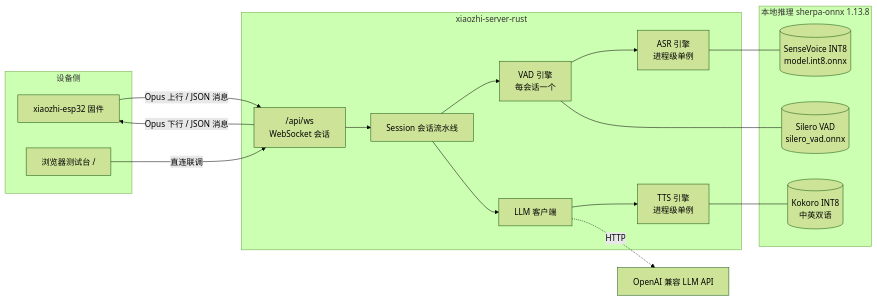
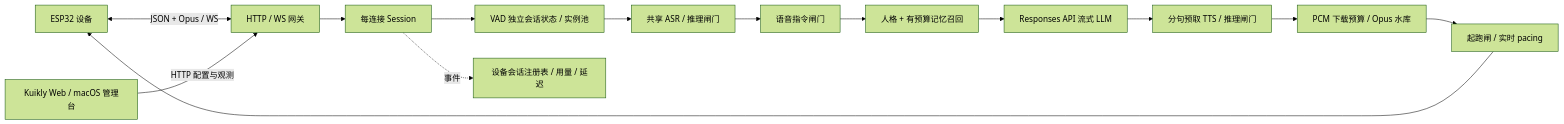
One commit to SturdyCat/xiaozhi-server-rust changed the diagram in docs/architecture.md. Above: the diagram before and after it, drawn with Mermaid (forest theme). The commit also changed other lines of this file and 38 other files, not shown here.

````diff
--- a/docs/architecture.md
+++ b/docs/architecture.md
@@ -11,35 +7,16 @@
 ```mermaid
 flowchart LR
-    subgraph 设备侧
-        ESP[xiaozhi-esp32 固件]
-        WEB[浏览器测试台 /]
-    end
-
-    subgraph xiaozhi-server-rust
-        WS["/api/ws<br/>WebSocket 会话"]
-        SESSION[Session 会话流水线]
-        VAD[VAD 引擎<br/>每会话一个]
-        ASR[ASR 引擎<br/>进程级单例]
-        LLM[LLM 客户端]
-        TTS[TTS 引擎<br/>进程级单例]
-    end
-
-    subgraph 本地推理 sherpa-onnx 1.13.8
-        SV[(SenseVoice INT8<br/>model.int8.onnx)]
-        KOK[(Kokoro INT8<br/>中英双语)]
-        SIL[(Silero VAD<br/>silero_vad.onnx)]
-    end
-
-    API[OpenAI 兼容 LLM API]
-
-    ESP -- "Opus 上行 / JSON 消息" --> WS
-    WS -- "Opus 下行 / JSON 消息" --> ESP
-    WEB -- "直连联调" --> WS
-    WS --> SESSION
-    SESSION --> VAD --> ASR
-    SESSION --> LLM --> TTS
-    ASR --- SV
-    VAD --- SIL
-    TTS --- KOK
-    LLM -. HTTP .-> API
+    ESP[ESP32 设备] <-->|JSON + Opus / WS| WS[HTTP / WS 网关]
+    UI[Kuikly Web / macOS 管理台] -->|HTTP 配置与观测| WS
+    WS --> SESSION[每连接 Session]
+    SESSION --> VAD[VAD 独立会话状态 / 实例池]
+    VAD --> ASR[共享 ASR / 推理闸门]
+    ASR --> COMMAND[语音指令闸门]
+    COMMAND --> CONTEXT[人格 + 有预算记忆召回]
+    CONTEXT --> LLM[Responses API 流式 LLM]
+    LLM --> TTS[分句预取 TTS / 推理闸门]
+    TTS --> BUFFER[PCM 下载预算 / Opus 水库]
+    BUFFER --> PACER[起跑闸 / 实时 pacing]
+    PACER --> ESP
+    SESSION -.事件.-> METRICS[设备会话注册表 / 用量 / 延迟]
 ```
````
